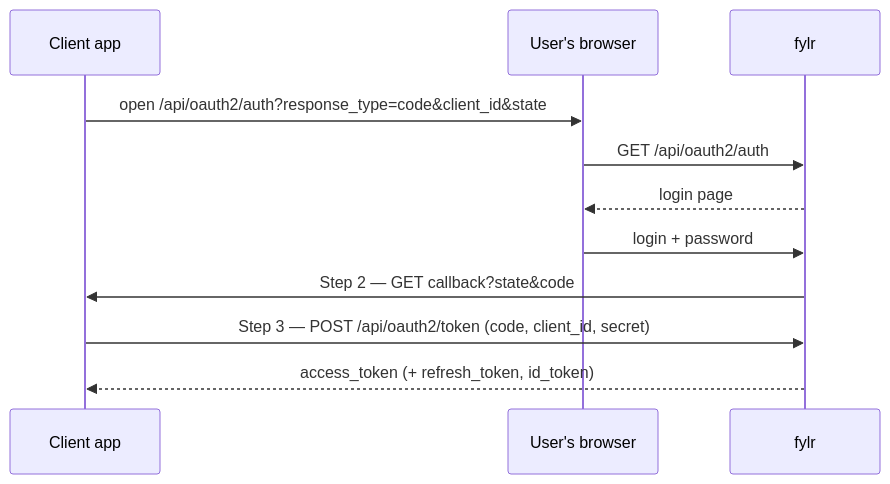
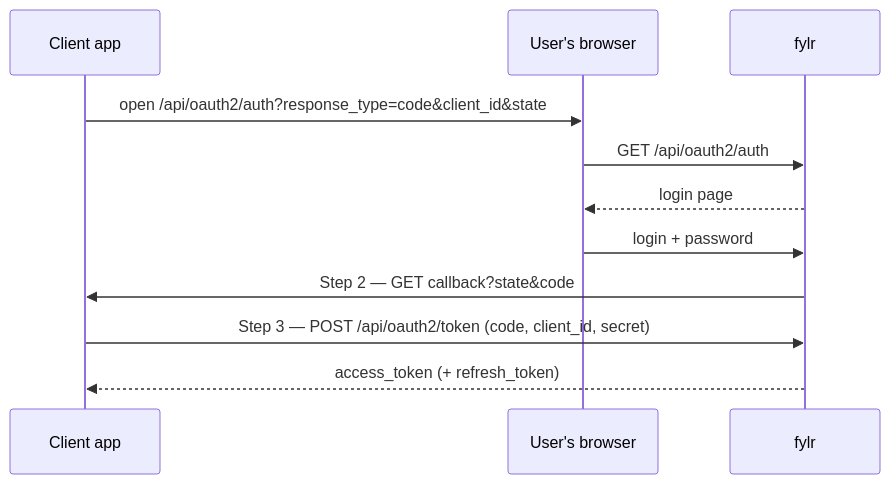
The diagram in for-developers/api/oauth2.md (programmfabrik/fylr-gitbook), drawn with Mermaid before and after one commit. The commit also changed other lines of this file and 6 other files, not shown here.

````diff
--- a/for-developers/api/oauth2.md
+++ b/for-developers/api/oauth2.md
@@ -89,13 +98,13 @@
 ```mermaid
 sequenceDiagram
     participant App as Client app
     participant Browser as User's browser
     participant fylr as fylr
     App->>Browser: open /api/oauth2/auth?response_type=code&client_id&state
     Browser->>fylr: GET /api/oauth2/auth
     fylr-->>Browser: login page
     Browser->>fylr: login + password
     fylr->>App: Step 2 — GET callback?state&code
     App->>fylr: Step 3 — POST /api/oauth2/token (code, client_id, secret)
-    fylr-->>App: access_token (+ refresh_token, id_token)
+    fylr-->>App: access_token (+ refresh_token)
 ```
````
